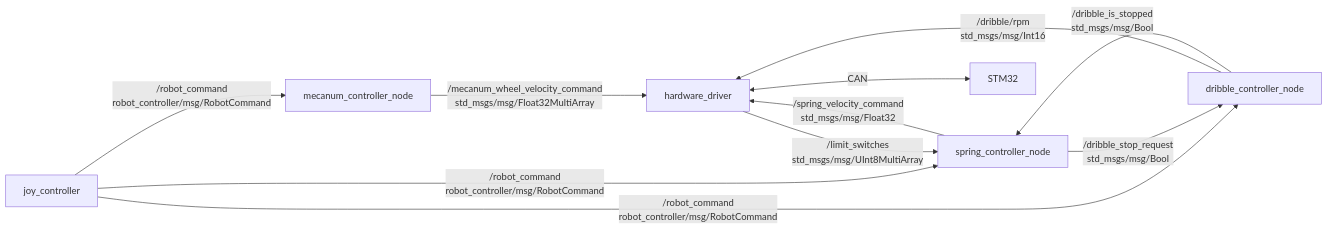
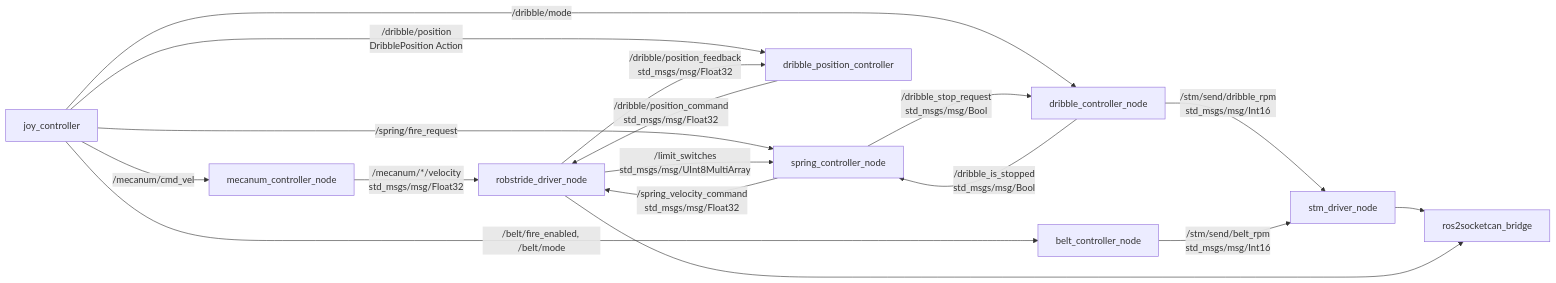
The diagram in ros2_ws/src/robot_controller/README.md (rodep-soft/rox2026), drawn with Mermaid before and after one commit. The commit also changed other lines of this file and 25 other files, not shown here.

````diff
--- a/ros2_ws/src/robot_controller/README.md
+++ b/ros2_ws/src/robot_controller/README.md
@@ -7,22 +7,31 @@
 ```mermaid
 flowchart LR
   joy[joy_controller]
   mecanum[mecanum_controller_node]
   spring[spring_controller_node]
   dribble[dribble_controller_node]
-  driver[hardware_driver]
-  stm[STM32]
+  position[dribble_position_controller]
+  belt[belt_controller_node]
+  stm_driver[stm_driver_node]
+  robstride_driver[robstride_driver_node]
+  bridge[ros2socketcan_bridge]
 
-  joy -->|/robot_command\nrobot_controller/msg/RobotCommand| mecanum
-  joy -->|/robot_command\nrobot_controller/msg/RobotCommand| spring
-  joy -->|/robot_command\nrobot_controller/msg/RobotCommand| dribble
+  joy -->|/mecanum/cmd_vel| mecanum
+  joy -->|/spring/fire_request| spring
+  joy -->|/dribble/mode| dribble
+  joy -->|/belt/fire_enabled, /belt/mode| belt
+  joy -->|/dribble/position\nDribblePosition Action| position
 
-  mecanum -->|/mecanum_wheel_velocity_command\nstd_msgs/msg/Float32MultiArray| driver
-  spring -->|/spring_velocity_command\nstd_msgs/msg/Float32| driver
-  dribble -->|/dribble/rpm\nstd_msgs/msg/Int16| driver
-  driver -->|/limit_switches\nstd_msgs/msg/UInt8MultiArray| spring
+  mecanum -->|/mecanum/*/velocity\nstd_msgs/msg/Float32| robstride_driver
+  spring -->|/spring_velocity_command\nstd_msgs/msg/Float32| robstride_driver
+  dribble -->|/stm/send/dribble_rpm\nstd_msgs/msg/Int16| stm_driver
+  belt -->|/stm/send/belt_rpm\nstd_msgs/msg/Int16| stm_driver
+  position -->|/dribble/position_command\nstd_msgs/msg/Float32| robstride_driver
+  robstride_driver -->|/limit_switches\nstd_msgs/msg/UInt8MultiArray| spring
   spring -->|/dribble_stop_request\nstd_msgs/msg/Bool| dribble
   dribble -->|/dribble_is_stopped\nstd_msgs/msg/Bool| spring
+  robstride_driver -->|/dribble/position_feedback\nstd_msgs/msg/Float32| position
 
-  driver <-->|CAN| stm
+  stm_driver --> bridge
+  robstride_driver --> bridge
 ```
````
